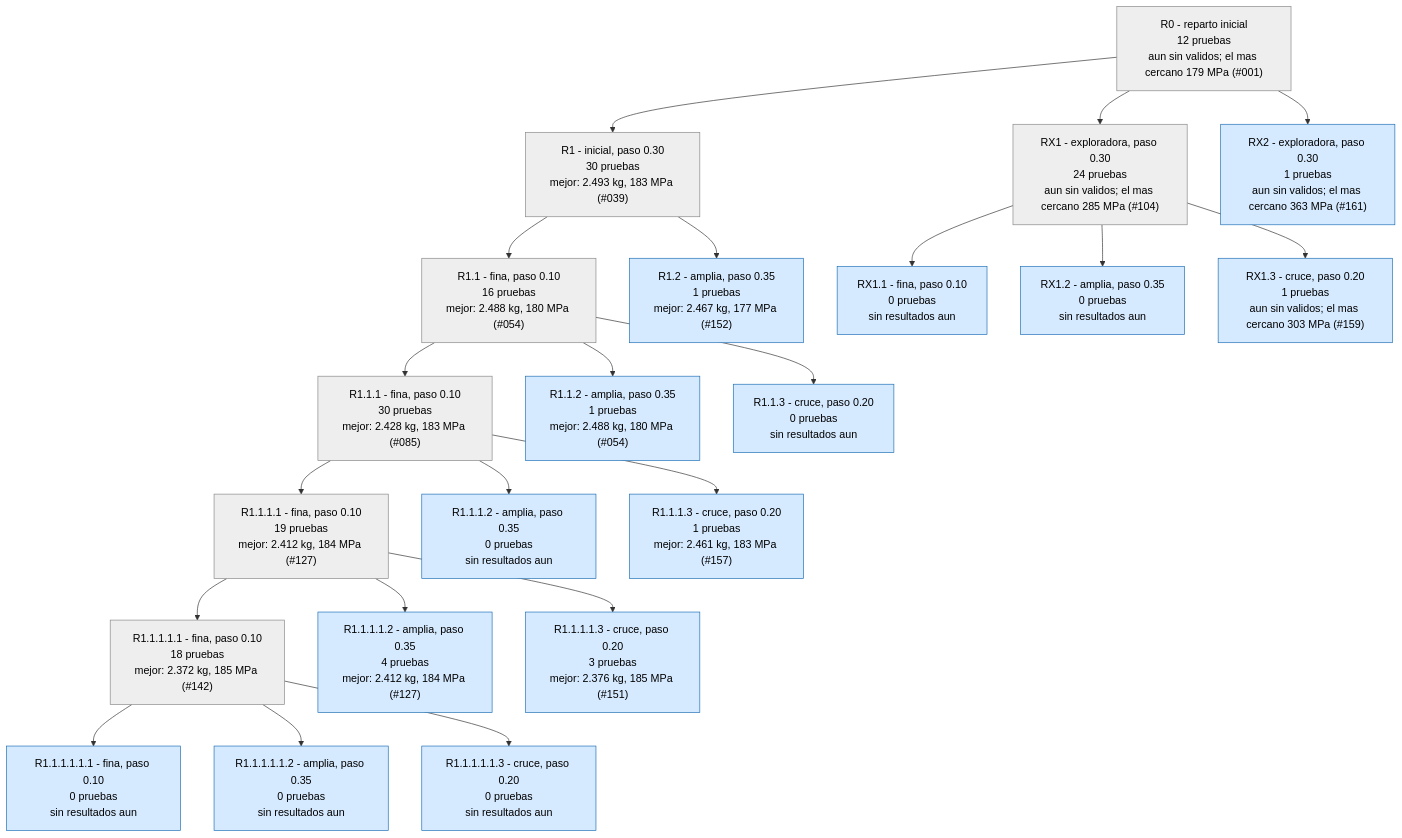
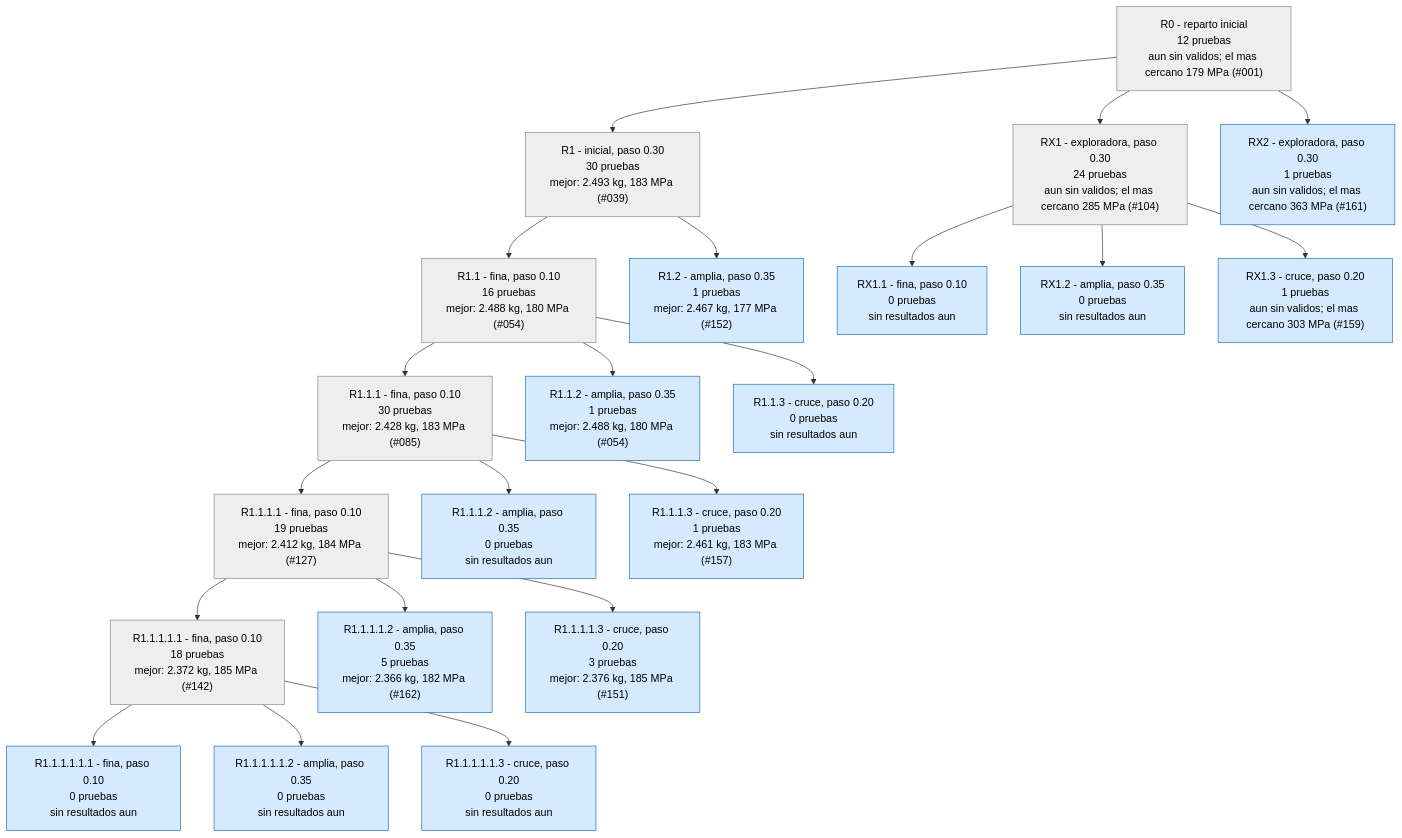
One commit to Hugiko/msd-soporte-optimizacion changed the first of 3 diagrams in runs/opt_37800N/ARBOL.md. Above: the diagram before and after it, drawn with Mermaid. The commit also changed 43 other files, not shown here.

Commit message:
NUEVO MEJOR DISENO: 2.366 kg, 182 MPa (Refuerzo + vaciado 162)

````diff
--- a/runs/opt_37800N/ARBOL.md
+++ b/runs/opt_37800N/ARBOL.md
@@ -9,47 +9,47 @@
 ```mermaid
 graph TD
 classDef activa fill:#d6eaff,stroke:#1f6fb5,color:#000
 classDef fin fill:#eeeeee,stroke:#888,color:#000
 classDef mejor fill:#c8f0c0,stroke:#1a9850,stroke-width:4px,color:#000
 R0["R0 - reparto inicial<br/>12 pruebas<br/>aun sin validos; el mas cercano 179 MPa (#001)"]:::fin
 R1["R1 - inicial, paso 0.30<br/>30 pruebas<br/>mejor: 2.493 kg, 183 MPa (#039)"]:::fin
 R0 --> R1
 R1_1["R1.1 - fina, paso 0.10<br/>16 pruebas<br/>mejor: 2.488 kg, 180 MPa (#054)"]:::fin
 R1 --> R1_1
 R1_2["R1.2 - amplia, paso 0.35<br/>1 pruebas<br/>mejor: 2.467 kg, 177 MPa (#152)"]:::activa
 R1 --> R1_2
 R1_1_1["R1.1.1 - fina, paso 0.10<br/>30 pruebas<br/>mejor: 2.428 kg, 183 MPa (#085)"]:::fin
 R1_1 --> R1_1_1
 R1_1_2["R1.1.2 - amplia, paso 0.35<br/>1 pruebas<br/>mejor: 2.488 kg, 180 MPa (#054)"]:::activa
 R1_1 --> R1_1_2
 R1_1_3["R1.1.3 - cruce, paso 0.20<br/>0 pruebas<br/>sin resultados aun"]:::activa
 R1_1 --> R1_1_3
 R1_1_1_1["R1.1.1.1 - fina, paso 0.10<br/>19 pruebas<br/>mejor: 2.412 kg, 184 MPa (#127)"]:::fin
 R1_1_1 --> R1_1_1_1
 R1_1_1_2["R1.1.1.2 - amplia, paso 0.35<br/>0 pruebas<br/>sin resultados aun"]:::activa
 R1_1_1 --> R1_1_1_2
 R1_1_1_3["R1.1.1.3 - cruce, paso 0.20<br/>1 pruebas<br/>mejor: 2.461 kg, 183 MPa (#157)"]:::activa
 R1_1_1 --> R1_1_1_3
 RX1["RX1 - exploradora, paso 0.30<br/>24 pruebas<br/>aun sin validos; el mas cercano 285 MPa (#104)"]:::fin
 R0 --> RX1
 RX1_1["RX1.1 - fina, paso 0.10<br/>0 pruebas<br/>sin resultados aun"]:::activa
 RX1 --> RX1_1
 RX1_2["RX1.2 - amplia, paso 0.35<br/>0 pruebas<br/>sin resultados aun"]:::activa
 RX1 --> RX1_2
 RX1_3["RX1.3 - cruce, paso 0.20<br/>1 pruebas<br/>aun sin validos; el mas cercano 303 MPa (#159)"]:::activa
 RX1 --> RX1_3
 R1_1_1_1_1["R1.1.1.1.1 - fina, paso 0.10<br/>18 pruebas<br/>mejor: 2.372 kg, 185 MPa (#142)"]:::fin
 R1_1_1_1 --> R1_1_1_1_1
-R1_1_1_1_2["R1.1.1.1.2 - amplia, paso 0.35<br/>4 pruebas<br/>mejor: 2.412 kg, 184 MPa (#127)"]:::activa
+R1_1_1_1_2["R1.1.1.1.2 - amplia, paso 0.35<br/>5 pruebas<br/>mejor: 2.366 kg, 182 MPa (#162)"]:::activa
 R1_1_1_1 --> R1_1_1_1_2
 R1_1_1_1_3["R1.1.1.1.3 - cruce, paso 0.20<br/>3 pruebas<br/>mejor: 2.376 kg, 185 MPa (#151)"]:::activa
 R1_1_1_1 --> R1_1_1_1_3
 R1_1_1_1_1_1["R1.1.1.1.1.1 - fina, paso 0.10<br/>0 pruebas<br/>sin resultados aun"]:::activa
 R1_1_1_1_1 --> R1_1_1_1_1_1
 R1_1_1_1_1_2["R1.1.1.1.1.2 - amplia, paso 0.35<br/>0 pruebas<br/>sin resultados aun"]:::activa
 R1_1_1_1_1 --> R1_1_1_1_1_2
 R1_1_1_1_1_3["R1.1.1.1.1.3 - cruce, paso 0.20<br/>0 pruebas<br/>sin resultados aun"]:::activa
 R1_1_1_1_1 --> R1_1_1_1_1_3
 RX2["RX2 - exploradora, paso 0.30<br/>1 pruebas<br/>aun sin validos; el mas cercano 363 MPa (#161)"]:::activa
 R0 --> RX2
 ```
````
